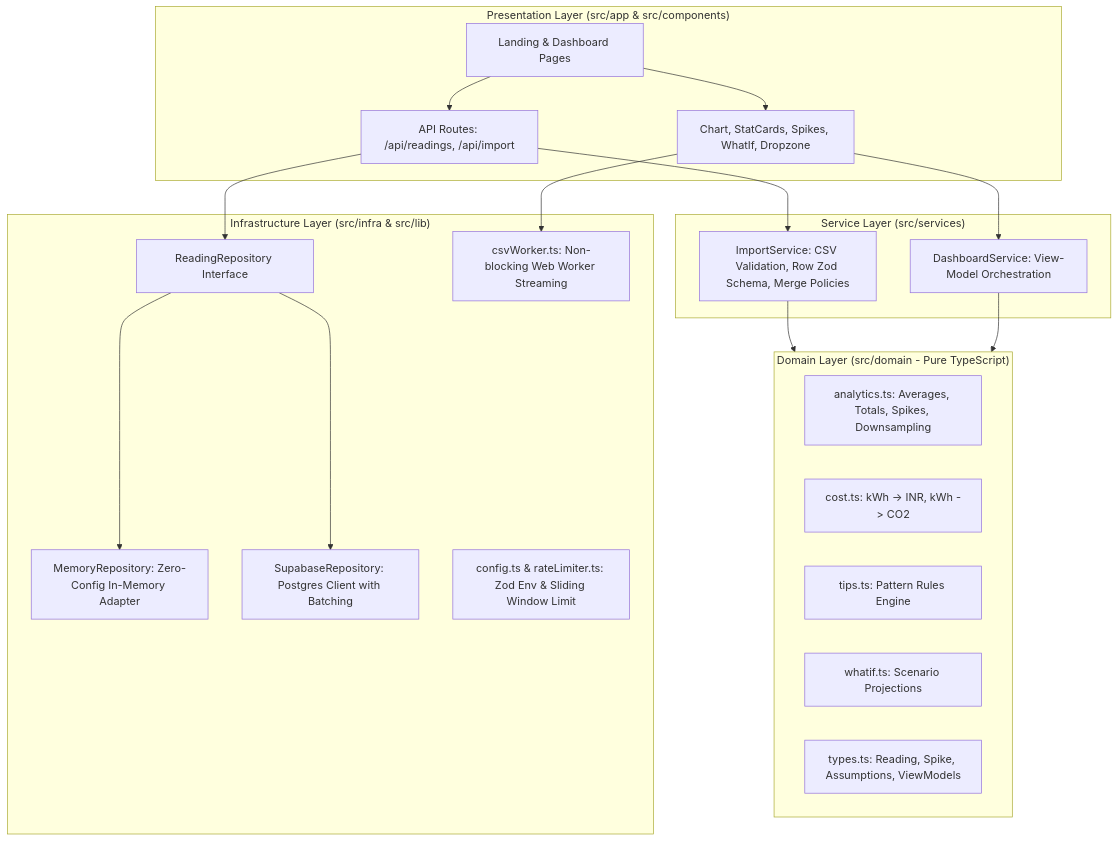
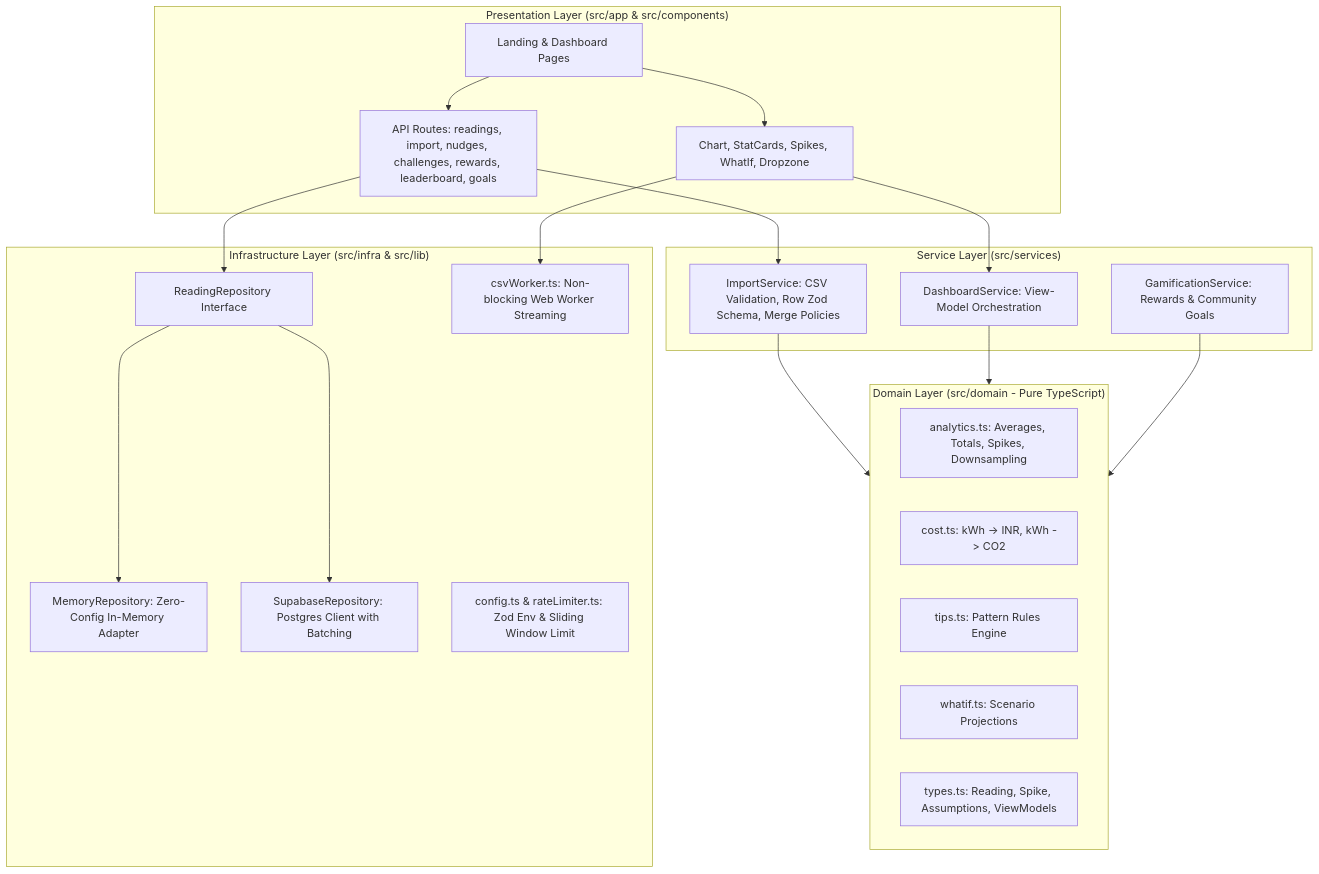
The diagram in README.md (harsh773988/Wattwise), drawn with Mermaid before and after one commit. The commit also changed other lines of this file and 36 other files, not shown here.

Commit message:
feat(gamification): points, streaks, badges, leaderboard and community goals

````diff
--- a/README.md
+++ b/README.md
@@ -27,40 +33,42 @@
 ```mermaid
 graph TD
   subgraph Presentation["Presentation Layer (src/app & src/components)"]
     Page[Landing & Dashboard Pages]
     Components[Chart, StatCards, Spikes, WhatIf, Dropzone]
-    API[API Routes: /api/readings, /api/import]
+    API[API Routes: readings, import, nudges, challenges, rewards, leaderboard, goals]
   end
 
   subgraph Service["Service Layer (src/services)"]
     ImportService[ImportService: CSV Validation, Row Zod Schema, Merge Policies]
     DashboardService[DashboardService: View-Model Orchestration]
+    GamificationService[GamificationService: Rewards & Community Goals]
   end
 
   subgraph Domain["Domain Layer (src/domain - Pure TypeScript)"]
     Analytics[analytics.ts: Averages, Totals, Spikes, Downsampling]
     Cost[cost.ts: kWh -> INR, kWh -> CO2]
     Tips[tips.ts: Pattern Rules Engine]
     WhatIf[whatif.ts: Scenario Projections]
     Types[types.ts: Reading, Spike, Assumptions, ViewModels]
   end
 
   subgraph Infrastructure["Infrastructure Layer (src/infra & src/lib)"]
     RepoInterface[ReadingRepository Interface]
     MemRepo[MemoryRepository: Zero-Config In-Memory Adapter]
     SupaRepo[SupabaseRepository: Postgres Client with Batching]
     Worker[csvWorker.ts: Non-blocking Web Worker Streaming]
     Config[config.ts & rateLimiter.ts: Zod Env & Sliding Window Limit]
   end
 
   Page --> Components
   Page --> API
   API --> ImportService
   API --> RepoInterface
   Components --> DashboardService
   ImportService --> Domain
   DashboardService --> Domain
+  GamificationService --> Domain
   RepoInterface --> MemRepo
   RepoInterface --> SupaRepo
   Components --> Worker
 ```
````
